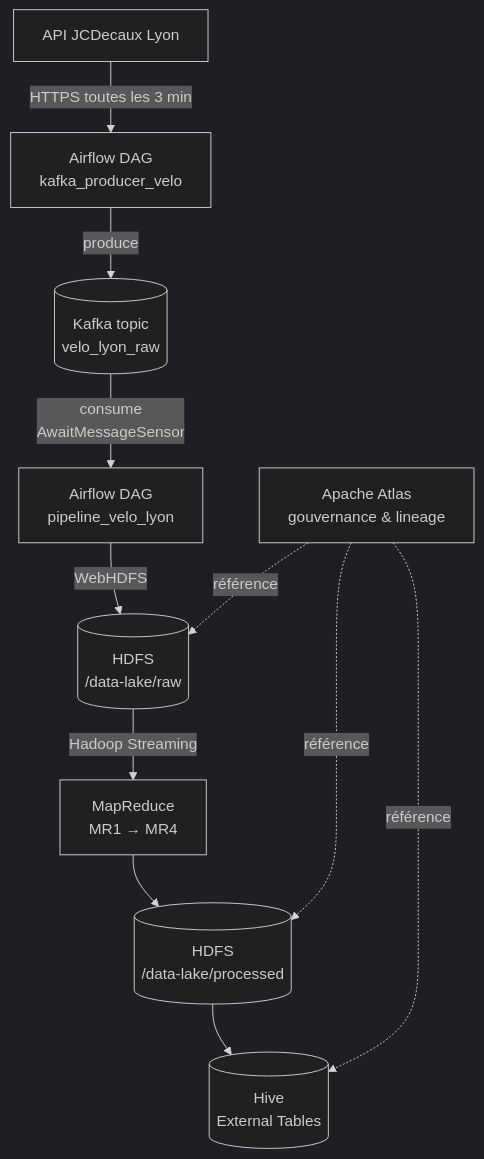
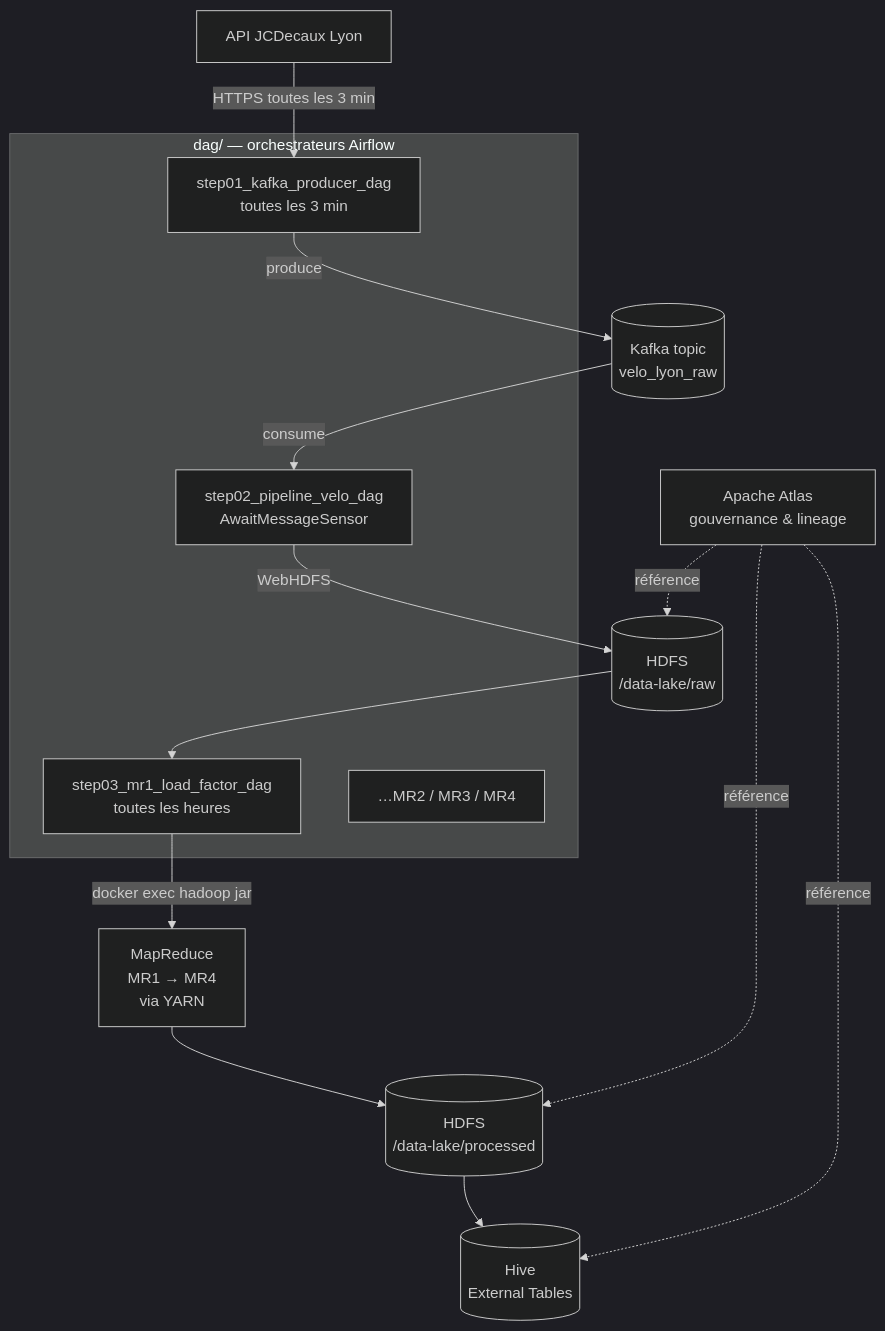
Before and after one commit to alexishs/velos_lyon: the diagram in README.md, drawn with Mermaid (dark theme). The commit also changed other lines of this file and 20 other files, not shown here.

````diff
--- a/README.md
+++ b/README.md
@@ -11,24 +20,30 @@
 ```mermaid
 flowchart TD
     API[API JCDecaux Lyon]
-    PROD[Airflow DAG<br/>kafka_producer_velo]
     KAFKA[(Kafka topic<br/>velo_lyon_raw)]
-    CONS[Airflow DAG<br/>pipeline_velo_lyon]
     RAW[(HDFS<br/>/data-lake/raw)]
-    MR[MapReduce<br/>MR1 → MR4]
+    MR[MapReduce<br/>MR1 → MR4<br/>via YARN]
     PROC[(HDFS<br/>/data-lake/processed)]
     HIVE[(Hive<br/>External Tables)]
     ATLAS[Apache Atlas<br/>gouvernance & lineage]
 
-    API -->|HTTPS toutes les 3 min| PROD
-    PROD -->|produce| KAFKA
-    KAFKA -->|consume<br/>AwaitMessageSensor| CONS
-    CONS -->|WebHDFS| RAW
-    RAW -->|Hadoop Streaming| MR
+    subgraph dags["dag/ — orchestrateurs Airflow"]
+        D1[step01_kafka_producer_dag<br/>toutes les 3 min]
+        D2[step02_pipeline_velo_dag<br/>AwaitMessageSensor]
+        D3[step03_mr1_load_factor_dag<br/>toutes les heures]
+        D4[…MR2 / MR3 / MR4]
+    end
+
+    API -->|HTTPS toutes les 3 min| D1
+    D1 -->|produce| KAFKA
+    KAFKA -->|consume| D2
+    D2 -->|WebHDFS| RAW
+    RAW --> D3
+    D3 -->|docker exec hadoop jar| MR
     MR --> PROC
     PROC --> HIVE
 
     ATLAS -.référence.-> RAW
     ATLAS -.référence.-> PROC
     ATLAS -.référence.-> HIVE
 ```
````
